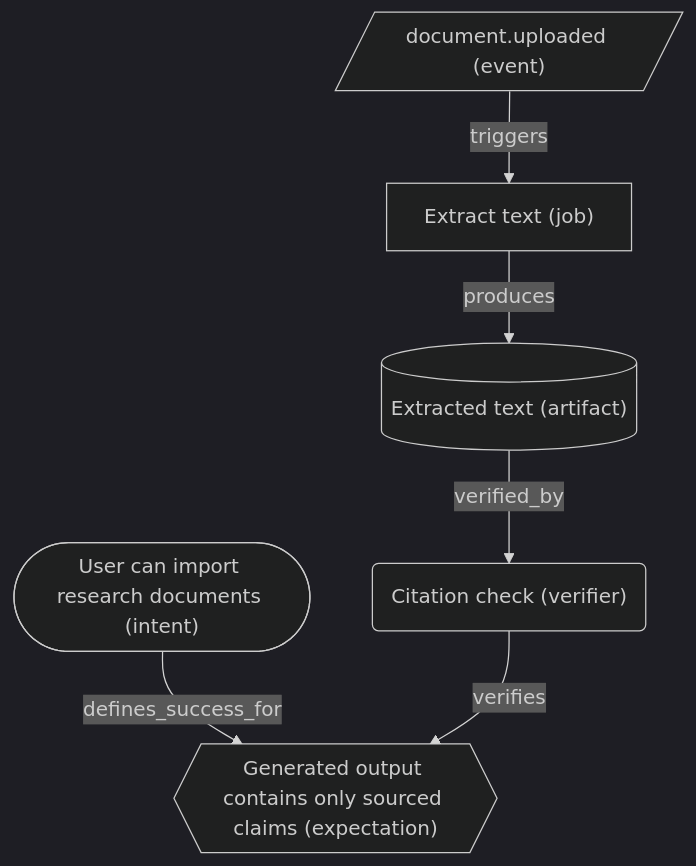
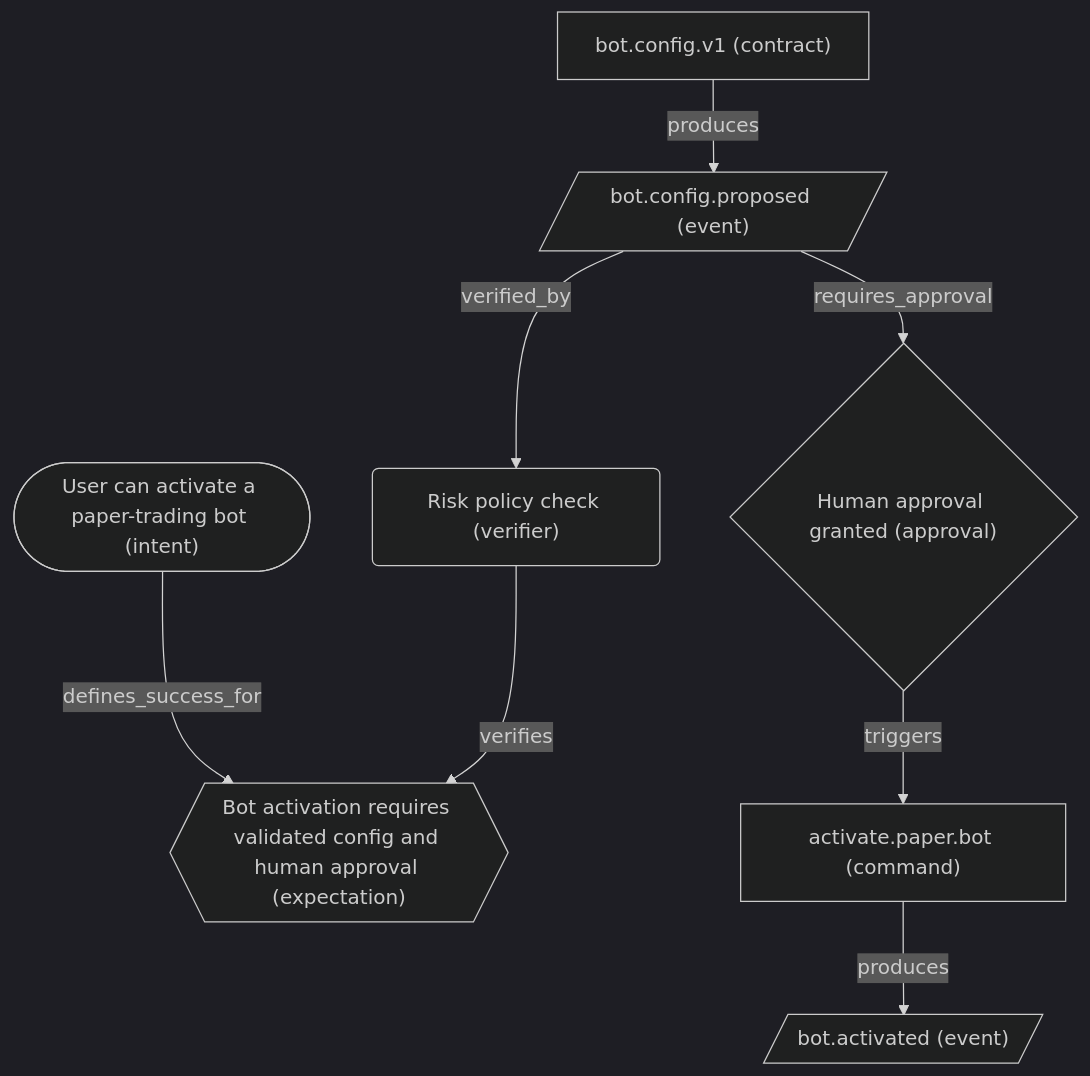
Before and after one commit to japorto100/specdag: the first of 2 diagrams in README.md, drawn with Mermaid (dark theme). The commit also changed other lines of this file, not shown here.

Commit message:
Rewrite README: Fix formatting, update to Bot Activation main example, add workflow schema

````diff
--- a/README.md
+++ b/README.md
@@ -70,15 +35,19 @@
 ```mermaid
 graph TD
-    n_4130ca023c(["User can import research documents (intent)"])
-    n_be4a54f2ae{{"Generated output contains only sourced claims (expectation)"}}
-    n_27732a3ec4[/"document.uploaded (event)"/]
-    n_282f1b4028["Extract text (job)"]
-    n_db97ffea6f[("Extracted text (artifact)")]
-    n_a12ba00100("Citation check (verifier)")
+    intent(["User can activate a paper-trading bot (intent)"])
+    expectation{{"Bot activation requires validated config and human approval (expectation)"}}
+    contract["bot.config.v1 (contract)"]
+    event_proposed[/"bot.config.proposed (event)"/]
+    verifier("Risk policy check (verifier)")
+    approval{"Human approval granted (approval)"}
+    command["activate.paper.bot (command)"]
+    event_activated[/"bot.activated (event)"/]
 
-    n_4130ca023c -->|"defines_success_for"| n_be4a54f2ae
-    n_27732a3ec4 -->|"triggers"| n_282f1b4028
-    n_282f1b4028 -->|"produces"| n_db97ffea6f
-    n_db97ffea6f -->|"verified_by"| n_a12ba00100
-    n_a12ba00100 -->|"verifies"| n_be4a54f2ae
+    intent -->|"defines_success_for"| expectation
+    contract -->|"produces"| event_proposed
+    event_proposed -->|"verified_by"| verifier
+    verifier -->|"verifies"| expectation
+    event_proposed -->|"requires_approval"| approval
+    approval -->|"triggers"| command
+    command -->|"produces"| event_activated
 ```
````
